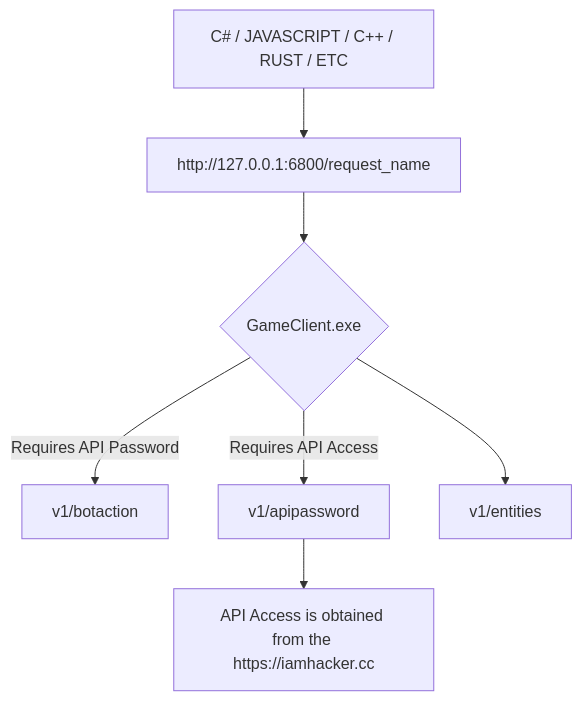
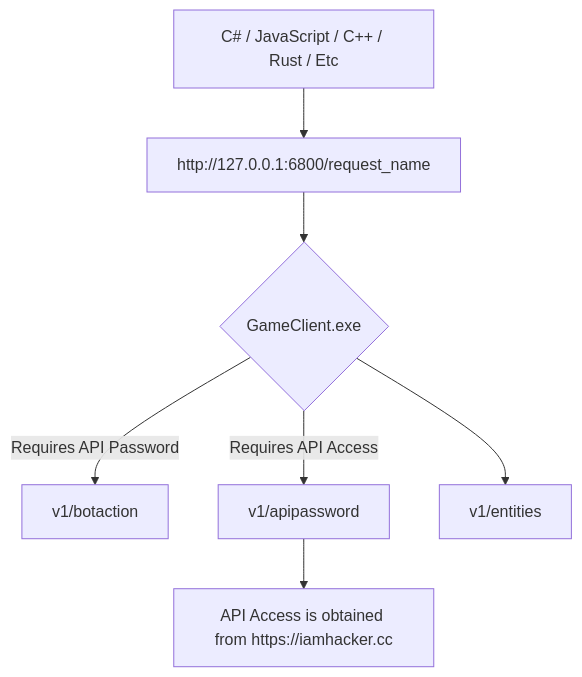
The diagram in README.md (VitaliKirpu/IAH_PvPAITemplate), drawn with Mermaid before and after one commit.

````diff
--- a/README.md
+++ b/README.md
@@ -23,11 +23,11 @@
 ```mermaid
 flowchart TD
-    A[C# / JAVASCRIPT / C++ / RUST / ETC] --> B
+    A[C# / JavaScript / C++ / Rust / Etc] --> B
     B[http://127.0.0.1:6800/request_name] --> C{GameClient.exe}
 
     C -->|Requires API Password|D[ v1/botaction]
     C -->|Requires API Access|G[ v1/apipassword]
     C -->F[ v1/entities]
 
-G -->U[API Access is obtained from the https://iamhacker.cc]
+G -->U[API Access is obtained from https://iamhacker.cc]
 ```
````
